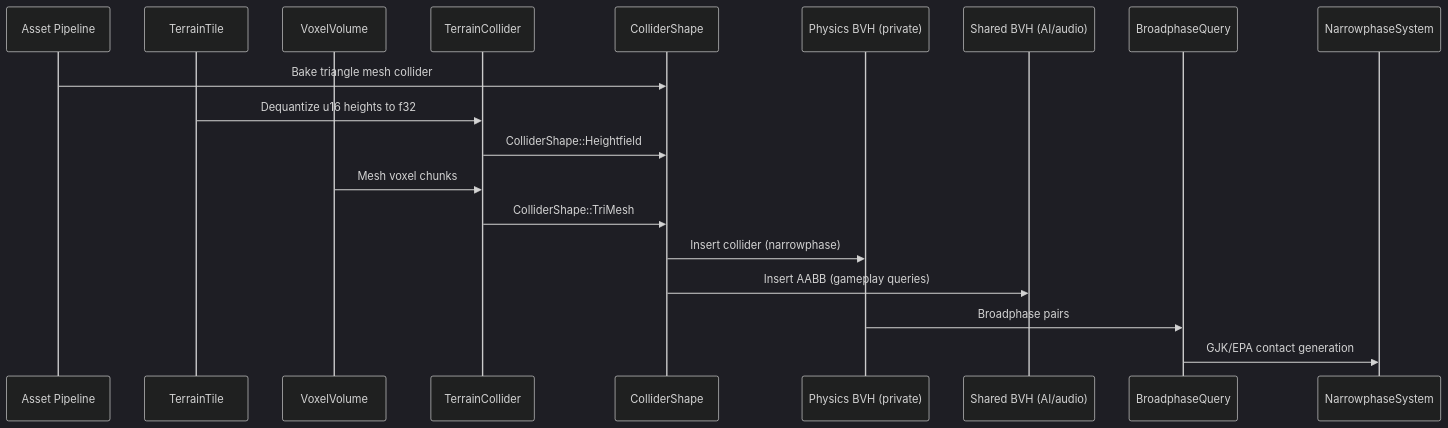
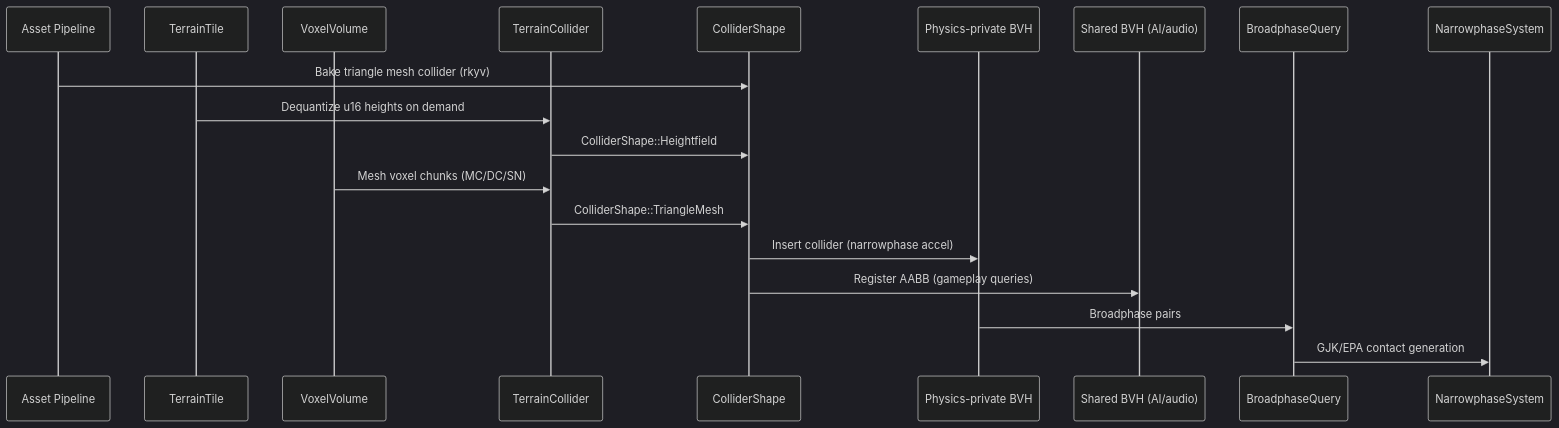
The second of 2 diagrams in docs/design/integration/physics-geometry.md (harmonius-dev/harmonius), drawn with Mermaid (dark theme) before and after one commit. The commit also changed other lines of this file and 109 other files, not shown here.

````diff
--- a/docs/design/integration/physics-geometry.md
+++ b/docs/design/integration/physics-geometry.md
@@ -118,22 +363,22 @@
 ```mermaid
 sequenceDiagram
     participant AP as Asset Pipeline
     participant TT as TerrainTile
     participant VX as VoxelVolume
     participant TC as TerrainCollider
     participant CS as ColliderShape
-    participant PB as Physics BVH (private)
+    participant PB as Physics-private BVH
     participant SB as Shared BVH (AI/audio)
     participant BP as BroadphaseQuery
     participant NP as NarrowphaseSystem
 
-    AP->>CS: Bake triangle mesh collider
-    TT->>TC: Dequantize u16 heights to f32
+    AP->>CS: Bake triangle mesh collider (rkyv)
+    TT->>TC: Dequantize u16 heights on demand
     TC->>CS: ColliderShape::Heightfield
-    VX->>TC: Mesh voxel chunks
-    TC->>CS: ColliderShape::TriMesh
-    CS->>PB: Insert collider (narrowphase)
-    CS->>SB: Insert AABB (gameplay queries)
+    VX->>TC: Mesh voxel chunks (MC/DC/SN)
+    TC->>CS: ColliderShape::TriangleMesh
+    CS->>PB: Insert collider (narrowphase accel)
+    CS->>SB: Register AABB (gameplay queries)
     PB->>BP: Broadphase pairs
     BP->>NP: GJK/EPA contact generation
 ```
````
